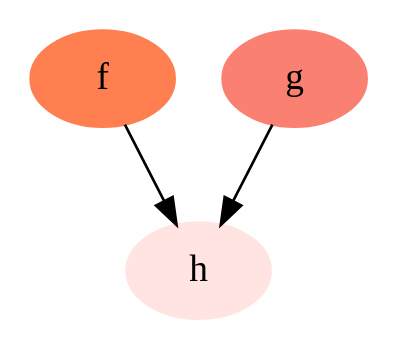
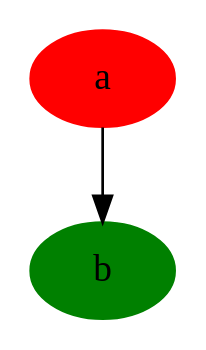
The diagram in data/path.set.01.out.001.gv (graphviz-perl/GraphViz2-Marpa-PathUtils), drawn with Graphviz before and after one commit. The commit also changed 12 other files, not shown here.

```diff
--- a/data/path.set.01.out.001.gv
+++ b/data/path.set.01.out.001.gv
@@ -1,25 +1,23 @@
 strict digraph path_set_01
 {
+	a[ color = "red" style = "filled"]
+	b[ color = "green" style = "filled"]
+	a -> b
+	{
+
+	}
 
 	{
 
 	}
-	f[ color = "coral" style = "filled"]
-	g[ color = "salmon" style = "filled"]
-	h[ color = "mistyrose" style = "filled"]
 
-	{
-		f
-		g
-	}
- -> h
 	{
 
 	}
  ->
 	
 	{
 
 	}
 
 }
```
